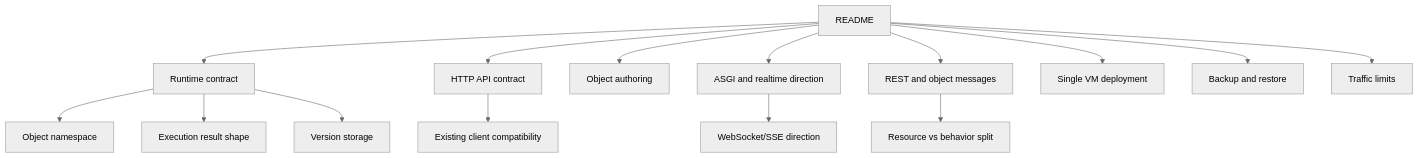
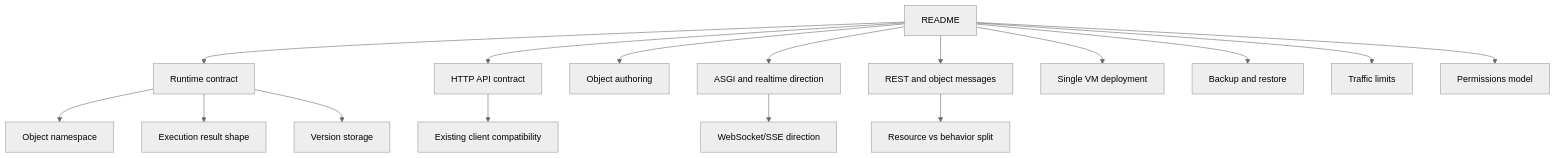
One commit to askrobots/dbbasic-object-server changed the diagram in docs/README.md. Above: the diagram before and after it, drawn with Mermaid (neutral theme). The commit also changed other lines of this file and 5 other files, not shown here.

````diff
--- a/docs/README.md
+++ b/docs/README.md
@@ -9,19 +9,20 @@
 ```mermaid
 flowchart TD
     A["README"] --> B["Runtime contract"]
     A --> C["HTTP API contract"]
     A --> M["Object authoring"]
     A --> D["ASGI and realtime direction"]
     A --> E["REST and object messages"]
     A --> L["Single VM deployment"]
     A --> N["Backup and restore"]
     A --> O["Traffic limits"]
+    A --> P["Permissions model"]
 
     B --> F["Object namespace"]
     B --> G["Execution result shape"]
     B --> H["Version storage"]
 
     C --> I["Existing client compatibility"]
     D --> J["WebSocket/SSE direction"]
     E --> K["Resource vs behavior split"]
 ```
````
